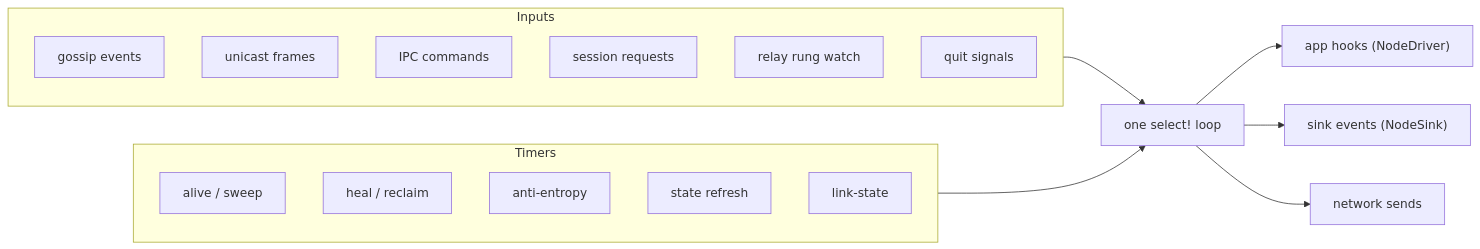
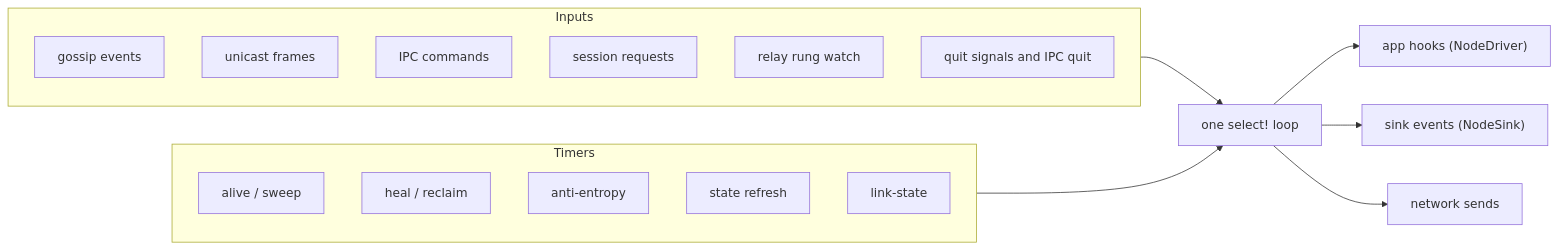
One commit to agent-habilis/habilis-network changed the fifth of 10 diagrams in docs/architecture.md. Above: the diagram before and after it, drawn with Mermaid. The commit also changed other lines of this file and 4 other files, not shown here.

First line of the commit message:
test(host): an IPC quit stops a CLI node in a child process, and docs/windows.md gives R5 as done

````diff
--- a/docs/architecture.md
+++ b/docs/architecture.md
@@ -341,24 +342,24 @@
 ```mermaid
 flowchart LR
     subgraph Inputs
         G["gossip events"]
         U["unicast frames"]
         I["IPC commands"]
         S["session requests"]
         W["relay rung watch"]
-        Q["quit signals"]
+        Q["quit signals and IPC quit"]
     end
     subgraph Timers
         T1["alive / sweep"]
         T2["heal / reclaim"]
         T3["anti-entropy"]
         T4["state refresh"]
         T5["link-state"]
     end
     L["one select! loop"]
     Inputs --> L
     Timers --> L
     L --> H["app hooks (NodeDriver)"]
     L --> E["sink events (NodeSink)"]
     L --> N["network sends"]
 ```
````
